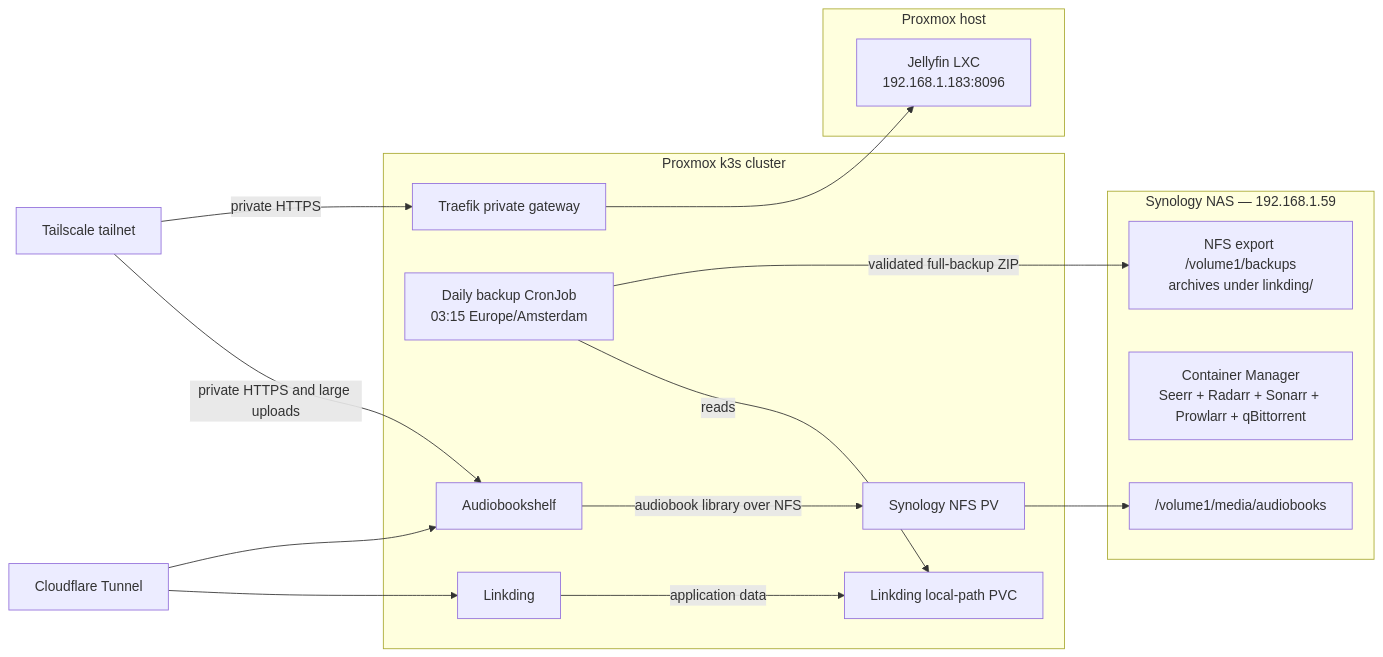
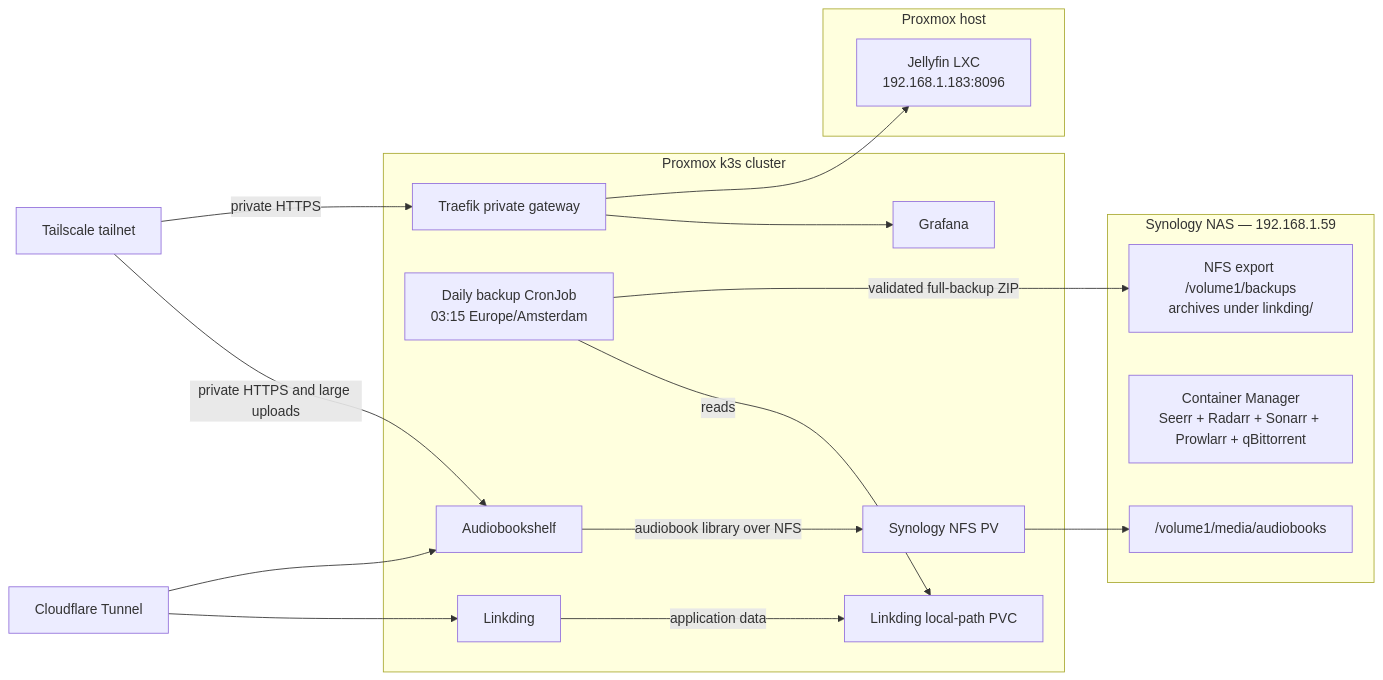
Before and after one commit to vitaly-guzun/homelab: the second of 2 diagrams in README.md, drawn with Mermaid. The commit also changed other lines of this file and 2 other files, not shown here.

Commit message:
grafana behind tailscale

````diff
--- a/README.md
+++ b/README.md
@@ -74,30 +74,32 @@
 ```mermaid
 flowchart LR
     Cloudflare["Cloudflare Tunnel"]
     Tailscale["Tailscale tailnet"]
 
     subgraph K3s["Proxmox k3s cluster"]
         Linkding["Linkding"] -->|"application data"| LinkdingPVC["Linkding local-path PVC"]
         Backup["Daily backup CronJob<br/>03:15 Europe/Amsterdam"] -->|"reads"| LinkdingPVC
         Audiobookshelf["Audiobookshelf"] -->|"audiobook library over NFS"| AudiobooksNFS["Synology NFS PV"]
+        Grafana["Grafana"]
         Traefik["Traefik private gateway"]
     end
 
     subgraph Proxmox["Proxmox host"]
         Jellyfin["Jellyfin LXC<br/>192.168.1.183:8096"]
     end
 
     subgraph NAS["Synology NAS — 192.168.1.59"]
         NFS["NFS export /volume1/backups<br/>archives under linkding/"]
         Media["Container Manager<br/>Seerr + Radarr + Sonarr + Prowlarr + qBittorrent"]
         Audiobooks["/volume1/media/audiobooks"]
     end
 
     Cloudflare --> Linkding
     Cloudflare --> Audiobookshelf
     Tailscale -->|"private HTTPS and large uploads"| Audiobookshelf
     Tailscale -->|"private HTTPS"| Traefik
+    Traefik --> Grafana
     Traefik --> Jellyfin
     Backup -->|"validated full-backup ZIP"| NFS
     AudiobooksNFS --> Audiobooks
 ```
````
